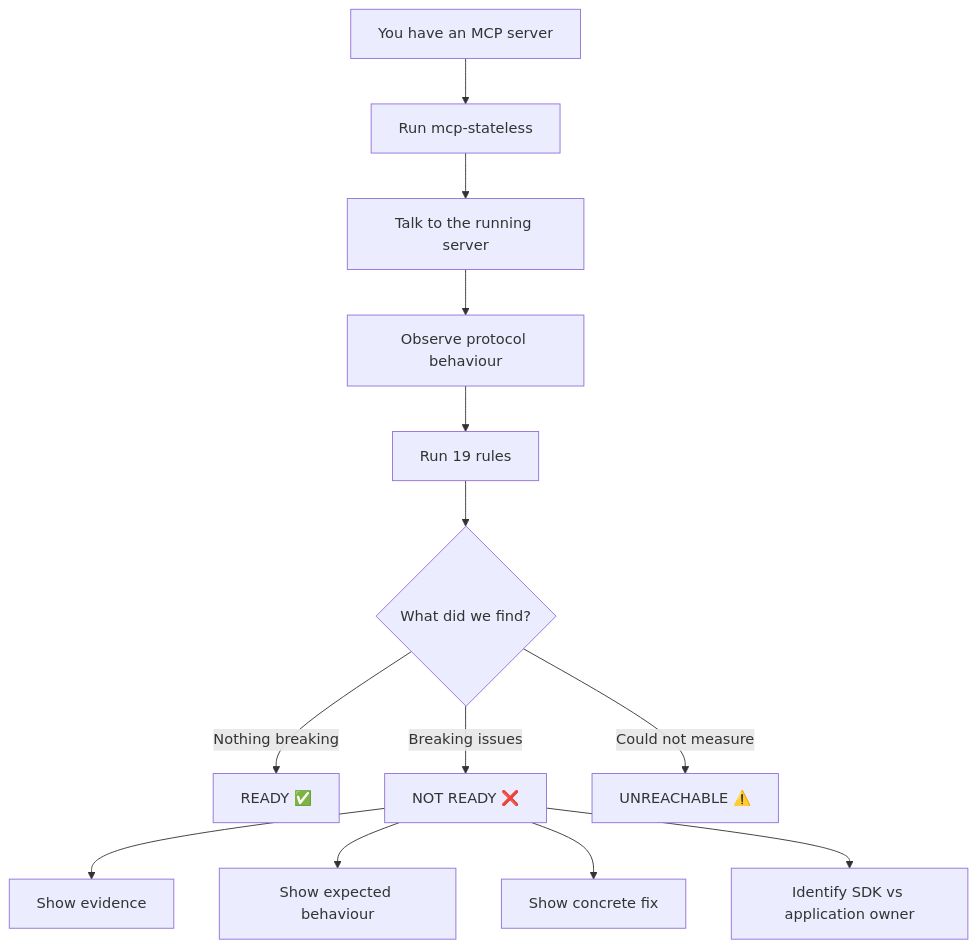
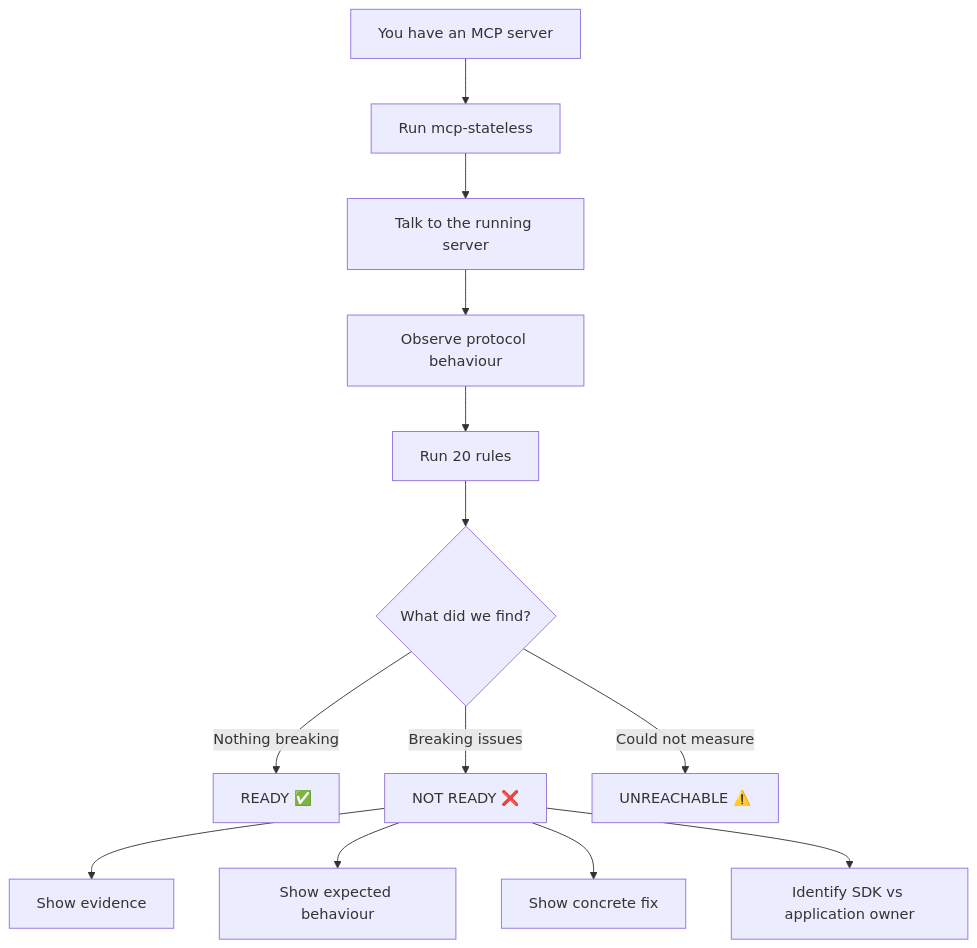
One commit to Khanthtutzin/mcp-stateless changed the tenth of 10 diagrams in docs/MCP_PROJECT_EXPLANATION.md. Above: the diagram before and after it, drawn with Mermaid. The commit also changed other lines of this file and 18 other files, not shown here.

````diff
--- a/docs/MCP_PROJECT_EXPLANATION.md
+++ b/docs/MCP_PROJECT_EXPLANATION.md
@@ -262,15 +262,15 @@
 ```mermaid
 flowchart TB
     A[You have an MCP server] --> B[Run mcp-stateless]
     B --> C[Talk to the running server]
     C --> D[Observe protocol behaviour]
-    D --> E[Run 19 rules]
+    D --> E[Run 20 rules]
     E --> F{What did we find?}
     F -->|Nothing breaking| G[READY ✅]
     F -->|Breaking issues| H[NOT READY ❌]
     F -->|Could not measure| I[UNREACHABLE ⚠️]
     H --> J[Show evidence]
     H --> K[Show expected behaviour]
     H --> L[Show concrete fix]
     H --> M[Identify SDK vs application owner]
 ```
````
